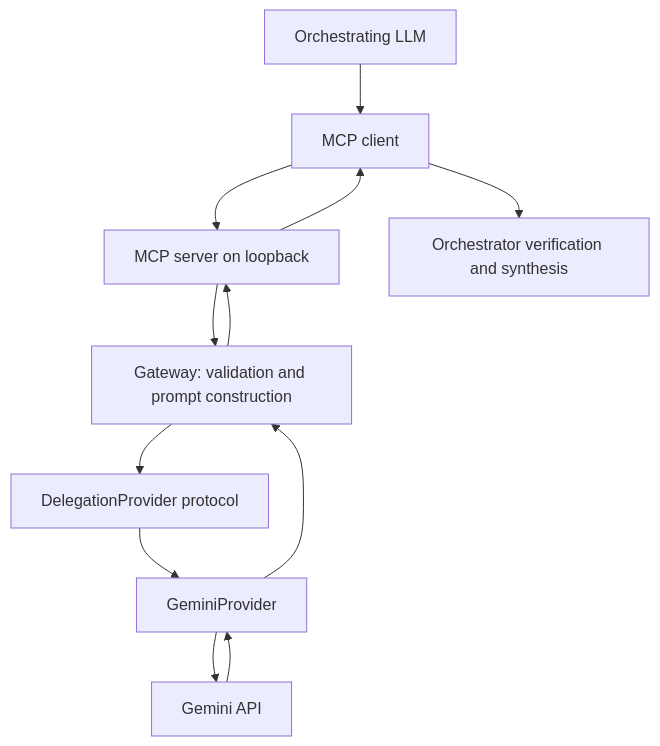
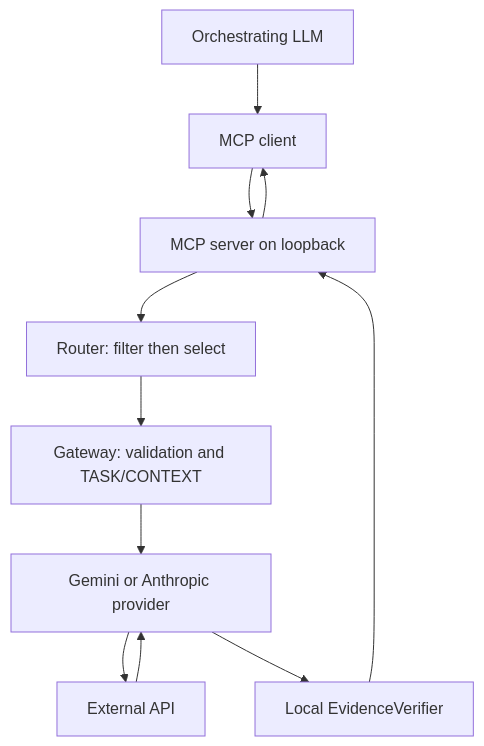
One commit to Jostophe-021/mcp-cross-model-delegation changed the diagram in docs/en/architecture.md. Above: the diagram before and after it, drawn with Mermaid. The commit also changed other lines of this file and 65 other files, not shown here.

````diff
--- a/docs/en/architecture.md
+++ b/docs/en/architecture.md
@@ -5,11 +5,11 @@
 ```mermaid
 flowchart TD
     A[Orchestrating LLM] --> B[MCP client]
     B --> C[MCP server on loopback]
-    C --> D[Gateway: validation and prompt construction]
-    D --> E[DelegationProvider protocol]
-    E --> F[GeminiProvider]
-    F --> G[Gemini API]
-    G --> F --> D --> C --> B
-    B --> H[Orchestrator verification and synthesis]
+    C --> D[Router: filter then select]
+    D --> E[Gateway: validation and TASK/CONTEXT]
+    E --> F[Gemini or Anthropic provider]
+    F --> G[External API]
+    G --> F --> H[Local EvidenceVerifier]
+    H --> C --> B
 ```
````
